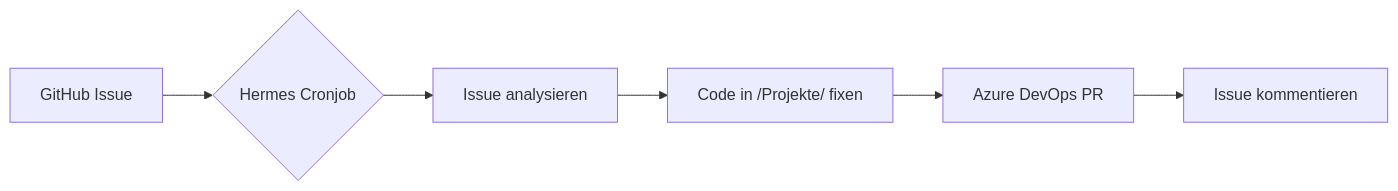
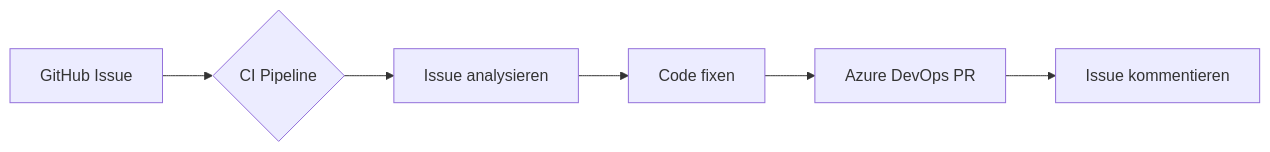
The diagram in README.md (cognilayer-support/cognilayer), drawn with Mermaid before and after one commit. The commit also changed other lines of this file and 2 other files, not shown here.

````diff
--- a/README.md
+++ b/README.md
@@ -10,8 +10,8 @@
 ```mermaid
 flowchart LR
-    A[GitHub Issue] --> B{Hermes Cronjob}
+    A[GitHub Issue] --> B{CI Pipeline}
     B --> C[Issue analysieren]
-    C --> D[Code in /Projekte/ fixen]
+    C --> D[Code fixen]
     D --> E[Azure DevOps PR]
     E --> F[Issue kommentieren]
 ```
````
